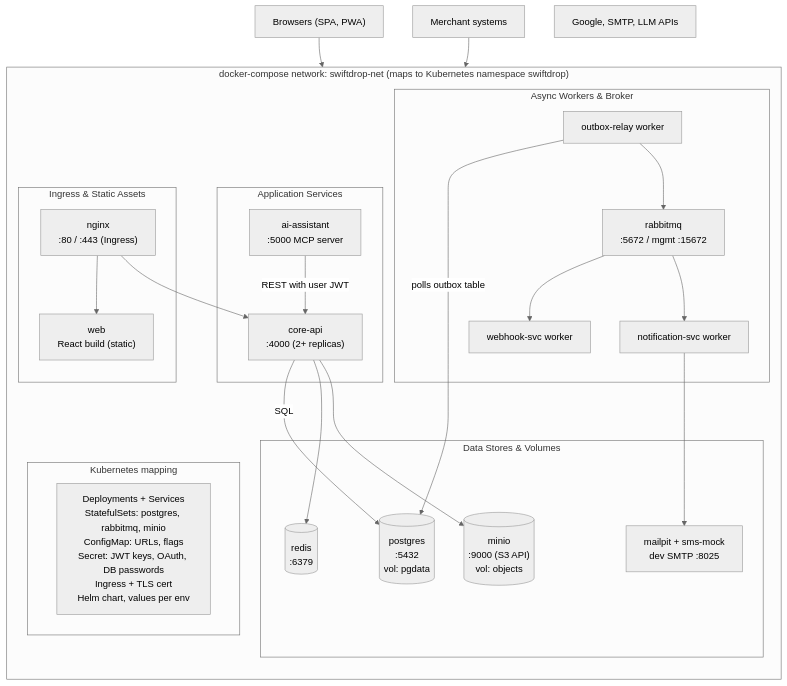
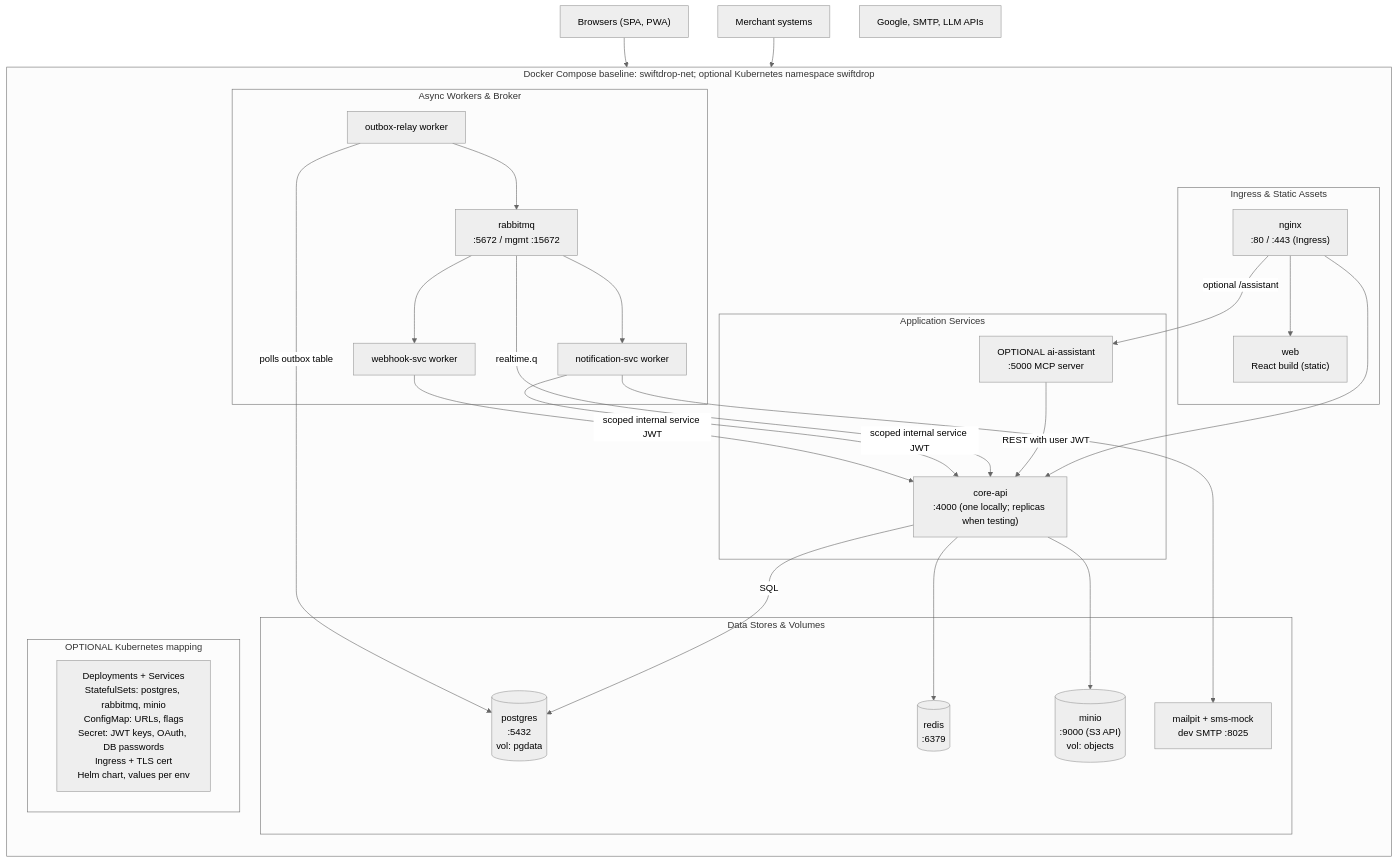
One commit to doktur-umair/swiftdrop changed the seventh of 16 diagrams in SWIFTDROP_DESIGN_DOCUMENTATION.md. Above: the diagram before and after it, drawn with Mermaid (neutral theme). The commit also changed other lines of this file and 88 other files, not shown here.

````diff
--- a/SWIFTDROP_DESIGN_DOCUMENTATION.md
+++ b/SWIFTDROP_DESIGN_DOCUMENTATION.md
@@ -667,50 +669,54 @@
 ```mermaid
 flowchart TB
-    subgraph Network["docker-compose network: swiftdrop-net (maps to Kubernetes namespace swiftdrop)"]
+    subgraph Network["Docker Compose baseline: swiftdrop-net; optional Kubernetes namespace swiftdrop"]
         direction TB
         subgraph IngressGroup["Ingress & Static Assets"]
             NginxBox["nginx<br/>:80 / :443 (Ingress)"]
             WebBox["web<br/>React build (static)"]
         end
 
         subgraph CoreGroup["Application Services"]
-            CoreApiBox["core-api<br/>:4000 (2+ replicas)"]
-            AiBox["ai-assistant<br/>:5000 MCP server"]
+            CoreApiBox["core-api<br/>:4000 (one locally; replicas when testing)"]
+            AiBox["OPTIONAL ai-assistant<br/>:5000 MCP server"]
         end
 
         subgraph WorkerGroup["Async Workers & Broker"]
             RabbitMQBox["rabbitmq<br/>:5672 / mgmt :15672"]
             OutboxRelayBox["outbox-relay worker"]
             WebhookSvcBox["webhook-svc worker"]
             NotificationSvcBox["notification-svc worker"]
         end
 
         subgraph StorageGroup["Data Stores & Volumes"]
             PostgresBox[("postgres<br/>:5432<br/>vol: pgdata")]
             RedisBox[("redis<br/>:6379")]
             MinioBox[("minio<br/>:9000 (S3 API)<br/>vol: objects")]
             MailpitBox["mailpit + sms-mock<br/>dev SMTP :8025"]
         end
 
-        subgraph K8sMapping["Kubernetes mapping"]
+        subgraph K8sMapping["OPTIONAL Kubernetes mapping"]
             K8sDesc["Deployments + Services<br/>StatefulSets: postgres, rabbitmq, minio<br/>ConfigMap: URLs, flags<br/>Secret: JWT keys, OAuth, DB passwords<br/>Ingress + TLS cert<br/>Helm chart, values per env"]
         end
     end
 
     ClientBrowsers["Browsers (SPA, PWA)"] --> NginxBox
     MerchantExt["Merchant systems"] --> NginxBox
     ExtThirdParty["Google, SMTP, LLM APIs"]
 
     NginxBox --> WebBox
     NginxBox --> CoreApiBox
+    NginxBox -->|"optional /assistant"| AiBox
     AiBox -->|REST with user JWT| CoreApiBox
     CoreApiBox -->|SQL| PostgresBox
     CoreApiBox --> RedisBox
     CoreApiBox --> MinioBox
 
     OutboxRelayBox -->|polls outbox table| PostgresBox
     OutboxRelayBox --> RabbitMQBox
     RabbitMQBox --> WebhookSvcBox
     RabbitMQBox --> NotificationSvcBox
+    RabbitMQBox -->|"realtime.q"| CoreApiBox
+    NotificationSvcBox -->|"scoped internal service JWT"| CoreApiBox
+    WebhookSvcBox -->|"scoped internal service JWT"| CoreApiBox
     NotificationSvcBox --> MailpitBox
 ```
````
